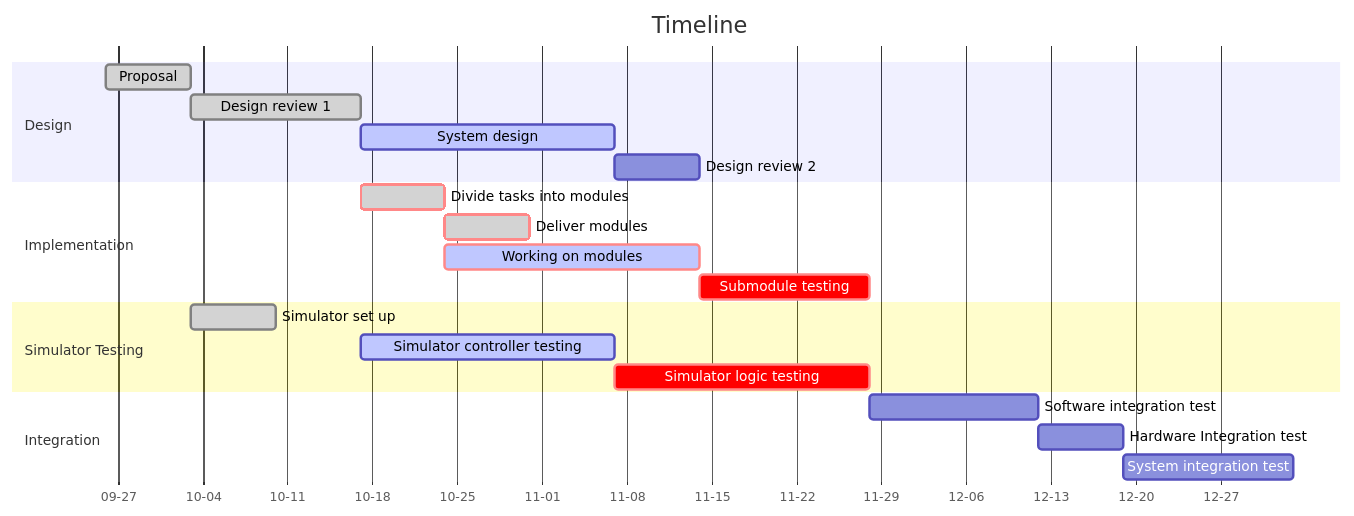
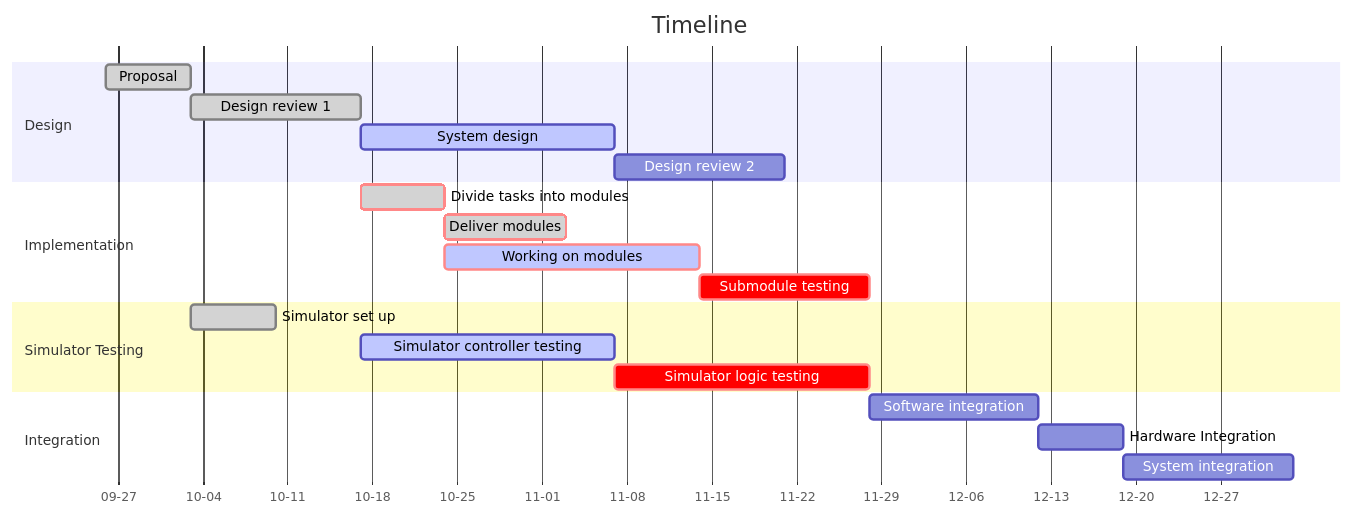
Before and after one commit to ubcuas/Airdrop-Software-2022: the diagram in README.md, drawn with Mermaid. The commit also changed other lines of this file, not shown here.

Commit message:
gantt chart fix timeline

````diff
--- a/README.md
+++ b/README.md
@@ -37,28 +37,28 @@
 ```mermaid
 gantt
     title Timeline
     dateFormat  YYYY-MM-DD
 	axisFormat  %m-%d
 
     section Design
     Proposal            :done,    des1, 2020-09-26,2020-10-03
     Design review 1            :done,  des2, 2020-10-03, 2020-10-17
     System design               :active,         des3, after des2, 3w
-    Design review 2              :         des4, after des3, 1w
+    Design review 2              :         des4, after des3, 2w
 
     section Implementation
     Divide tasks into modules :crit, done, imp1, 2020-10-17,7d
-    Deliver modules          :crit, done, after imp1, 7d
+    Deliver modules          :crit, done, after imp1, 10d
     Working on modules             :crit, active, imp2, after imp1, 3w
    	Submodule testing        :crit, after imp2, 2w
 
     section Simulator Testing
     Simulator set up               :done, s1, after des1, 1w
     Simulator controller testing      :active, s2, after des2  , 3w
     Simulator logic testing    :crit, doc1, after s2  , 3w
 
     section Integration
-    Software integration test               :after doc1, 2w
-    Hardware Integration test				: 1w
-	System integration test					: 2w
+    Software integration               :after doc1, 2w
+    Hardware Integration				: 1w
+	System integration					: 2w
 ```
````
